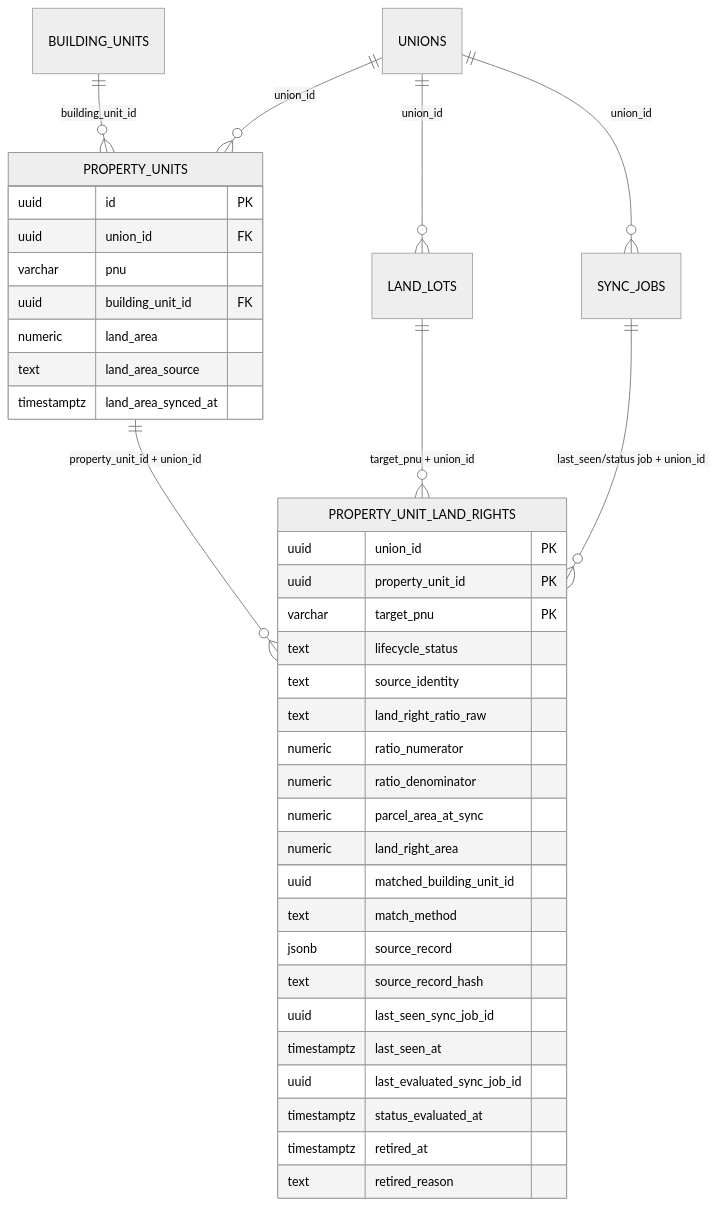
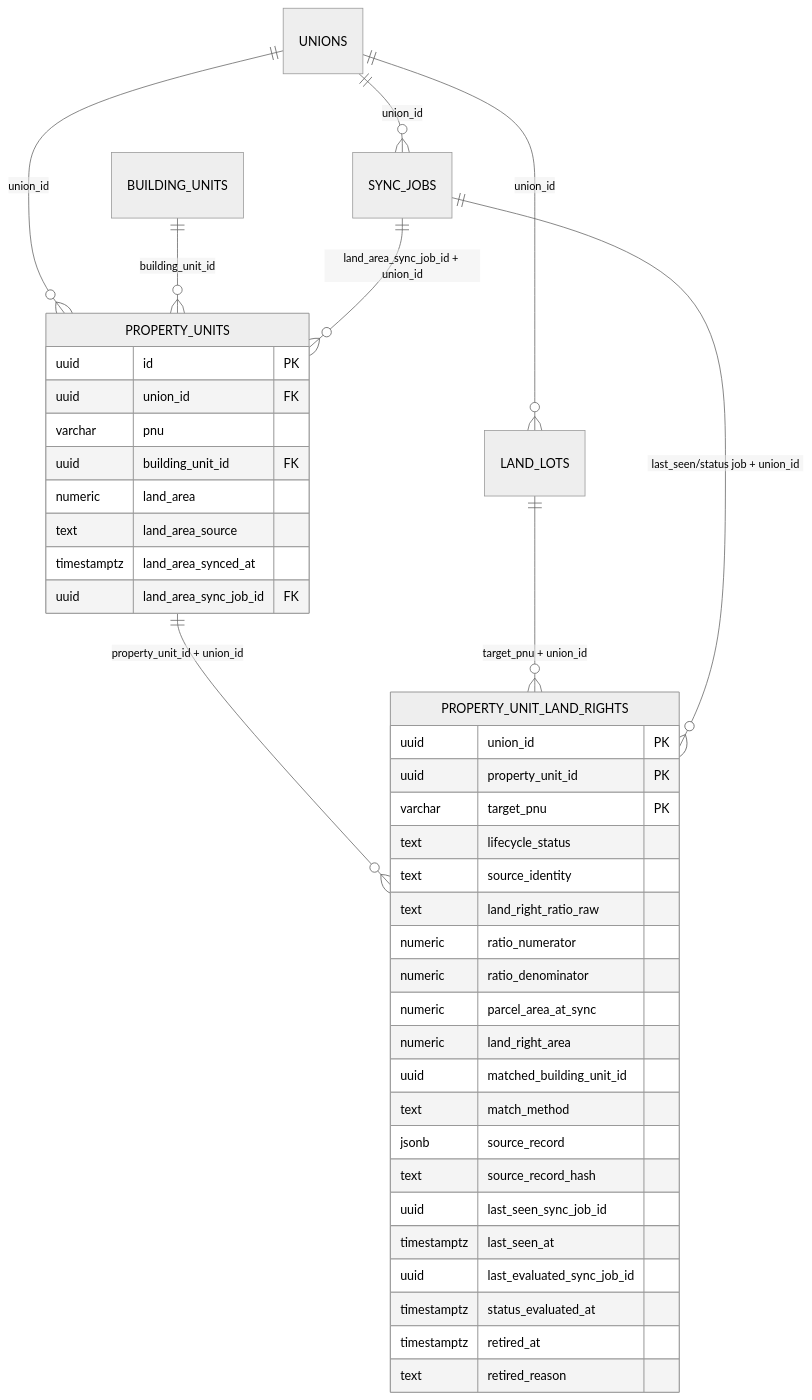
The first of 3 diagrams in docs/2026-07-23-land-area-sync-design.md (dlswn666/tonghari-api), drawn with Mermaid (neutral theme) before and after one commit. The commit also changed other lines of this file, not shown here.

Commit message:
docs: revise land area sync rollout design

````diff
--- a/docs/2026-07-23-land-area-sync-design.md
+++ b/docs/2026-07-23-land-area-sync-design.md
@@ -163,43 +199,45 @@
 ```mermaid
 erDiagram
     UNIONS ||--o{ PROPERTY_UNITS : "union_id"
     UNIONS ||--o{ LAND_LOTS : "union_id"
     UNIONS ||--o{ SYNC_JOBS : "union_id"
     BUILDING_UNITS ||--o{ PROPERTY_UNITS : "building_unit_id"
+    SYNC_JOBS ||--o{ PROPERTY_UNITS : "land_area_sync_job_id + union_id"
     PROPERTY_UNITS ||--o{ PROPERTY_UNIT_LAND_RIGHTS : "property_unit_id + union_id"
     LAND_LOTS ||--o{ PROPERTY_UNIT_LAND_RIGHTS : "target_pnu + union_id"
     SYNC_JOBS ||--o{ PROPERTY_UNIT_LAND_RIGHTS : "last_seen/status job + union_id"
 
     PROPERTY_UNITS {
         uuid id PK
         uuid union_id FK
         varchar pnu
         uuid building_unit_id FK
         numeric land_area
         text land_area_source
         timestamptz land_area_synced_at
+        uuid land_area_sync_job_id FK
     }
 
     PROPERTY_UNIT_LAND_RIGHTS {
         uuid union_id PK
         uuid property_unit_id PK
         varchar target_pnu PK
         text lifecycle_status
         text source_identity
         text land_right_ratio_raw
         numeric ratio_numerator
         numeric ratio_denominator
         numeric parcel_area_at_sync
         numeric land_right_area
         uuid matched_building_unit_id
         text match_method
         jsonb source_record
         text source_record_hash
         uuid last_seen_sync_job_id
         timestamptz last_seen_at
         uuid last_evaluated_sync_job_id
         timestamptz status_evaluated_at
         timestamptz retired_at
         text retired_reason
     }
 ```
````
